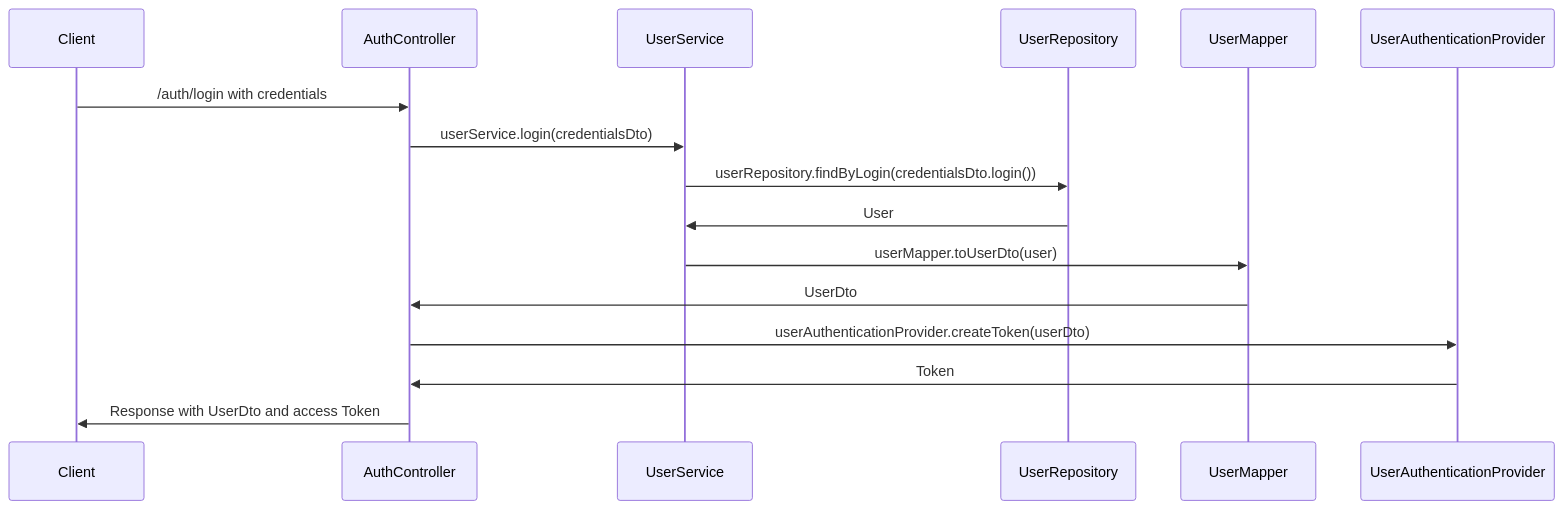
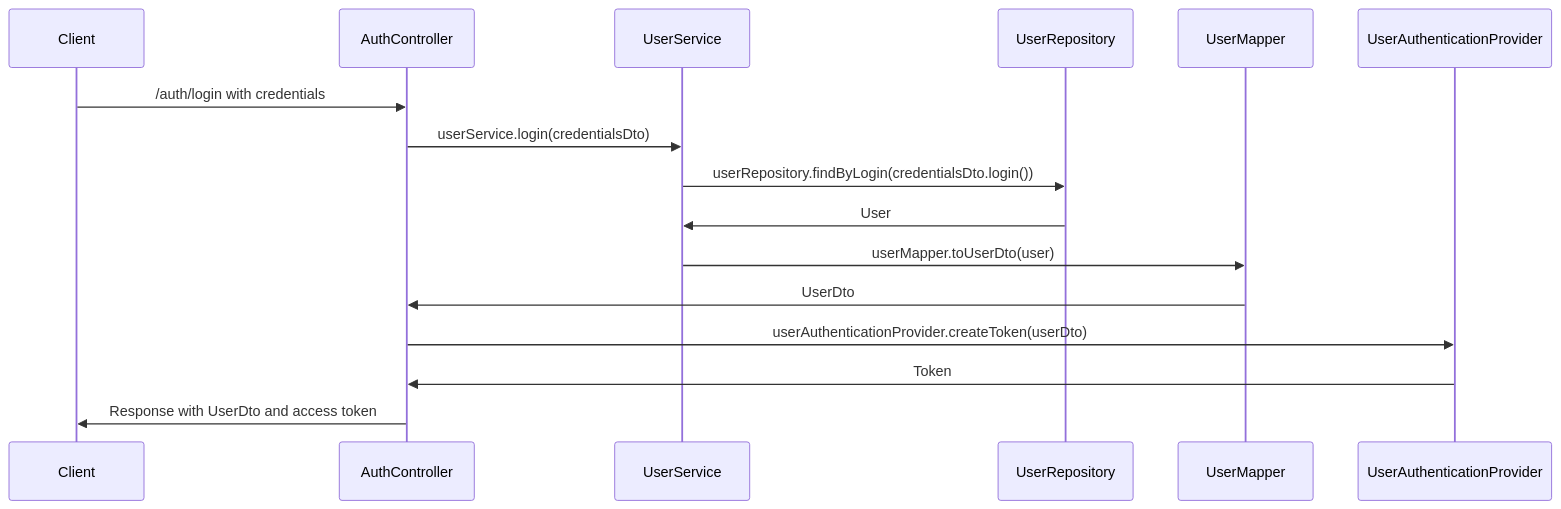
One commit to OrifInformatique/template_frontback changed the first of 4 diagrams in doc/process-documentation.md. Above: the diagram before and after it, drawn with Mermaid. The commit also changed other lines of this file, not shown here.

````diff
--- a/doc/process-documentation.md
+++ b/doc/process-documentation.md
@@ -106,19 +106,19 @@
 ```mermaid
 sequenceDiagram
     participant Client
     participant AuthController
     participant UserService
     participant UserRepository
     participant UserMapper
     participant UserAuthenticationProvider
 
     Client->>AuthController: /auth/login with credentials
     AuthController->>UserService: userService.login(credentialsDto)
     UserService->>UserRepository: userRepository.findByLogin(credentialsDto.login())
     UserRepository->>UserService: User
     UserService->>UserMapper: userMapper.toUserDto(user)
     UserMapper->>AuthController: UserDto
     AuthController->>UserAuthenticationProvider: userAuthenticationProvider.createToken(userDto)
     UserAuthenticationProvider->>AuthController: Token
-    AuthController->>Client: Response with UserDto and access Token
+    AuthController->>Client: Response with UserDto and access token
 ```
````
